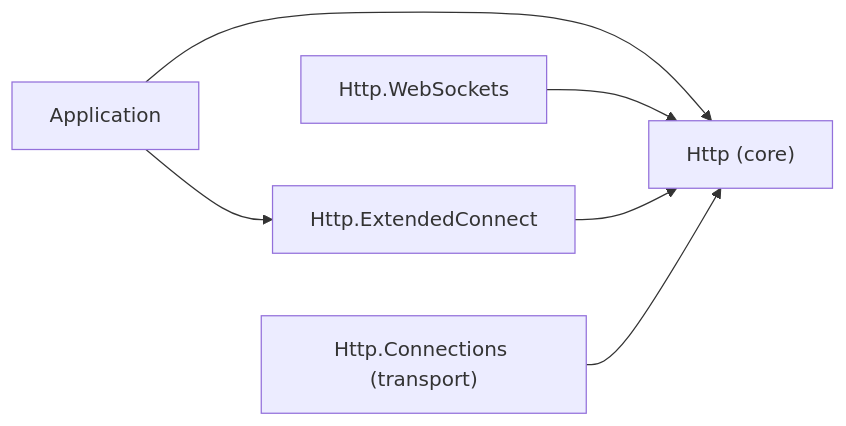
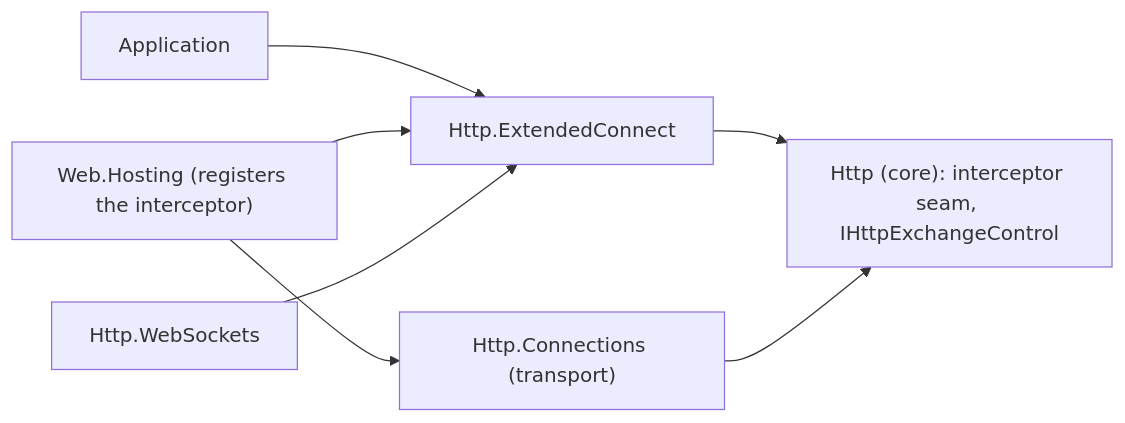
The diagram in docs/dotnet-apis/libraries/http/assimalign-cohesion-http-extendedconnect/design.md (assimalign/cohesion-docs), drawn with Mermaid before and after one commit. The commit also changed other lines of this file and 14 other files, not shown here.

First line of the commit message:
docs(apis): sync the Http pages with the contract moves out of core Http

````diff
--- a/docs/dotnet-apis/libraries/http/assimalign-cohesion-http-extendedconnect/design.md
+++ b/docs/dotnet-apis/libraries/http/assimalign-cohesion-http-extendedconnect/design.md
@@ -15,13 +16,15 @@
 ```mermaid
 flowchart LR
     App["Application"]
+    Hosting["Web.Hosting (registers the interceptor)"]
     Sockets["Http.WebSockets"]
     Ext["Http.ExtendedConnect"]
-    Core["Http (core)"]
+    Core["Http (core): interceptor seam, IHttpExchangeControl"]
     Conn["Http.Connections (transport)"]
     App --> Ext
-    App --> Core
-    Sockets --> Core
+    Hosting --> Ext
+    Hosting --> Conn
+    Sockets --> Ext
     Ext --> Core
     Conn --> Core
 ```
````
